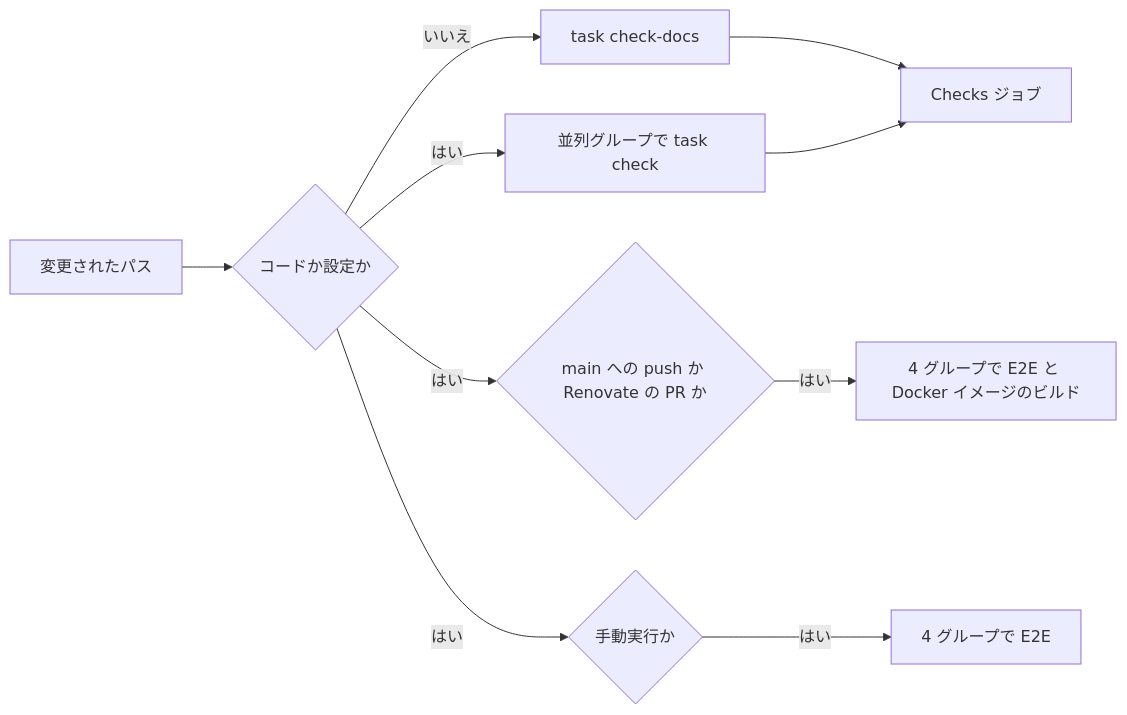
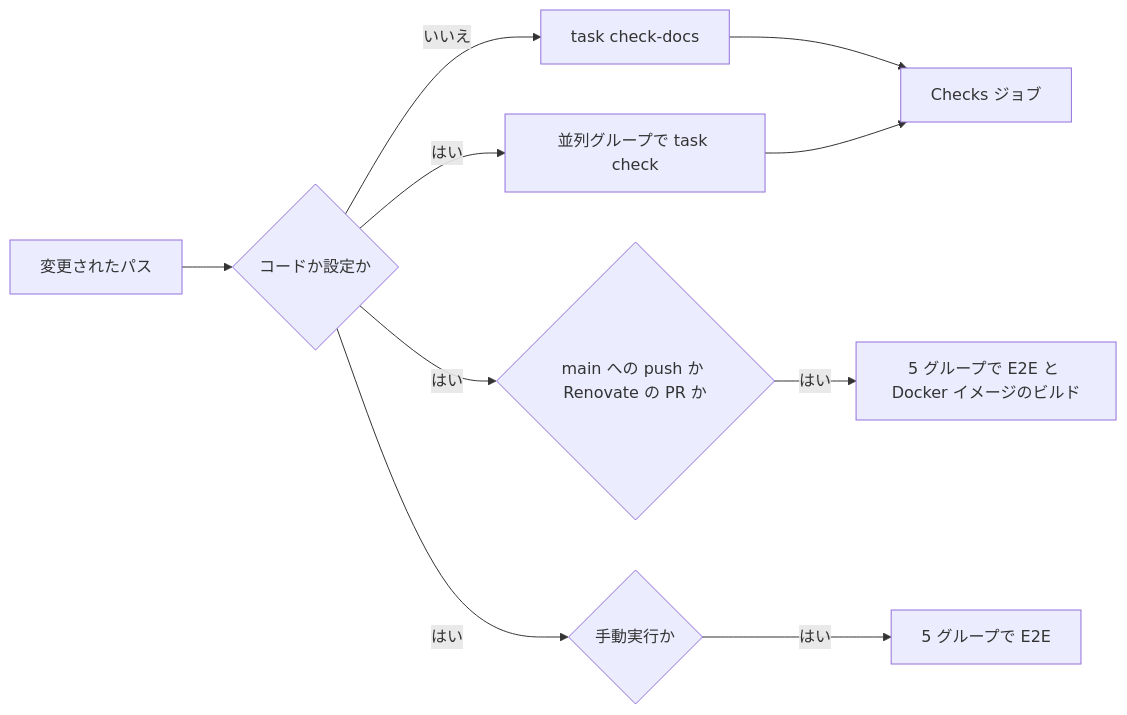
Before and after one commit to syudead/vv: the diagram in translations/ja/docs/how-to/development.md, drawn with Mermaid. The commit also changed other lines of this file, not shown here.

Commit message:
docs(translations): development.md の和訳を E2E の 5 グループに合わせる
Refs #1323

Claude-Session: https://claude.ai/code/session_015UQ99qGpMFxxYr31Dg1pCy

````diff
--- a/translations/ja/docs/how-to/development.md
+++ b/translations/ja/docs/how-to/development.md
@@ -55,12 +55,12 @@
 ```mermaid
 flowchart LR
   change[変更されたパス] --> code{コードか設定か}
   code -->|いいえ| docs[task check-docs]
   code -->|はい| groups[並列グループで task check]
   docs --> checks[Checks ジョブ]
   groups --> checks
   code -->|はい| push{main への push か Renovate の PR か}
-  push -->|はい| more[4 グループで E2E と Docker イメージのビルド]
+  push -->|はい| more[5 グループで E2E と Docker イメージのビルド]
   code -->|はい| manual{手動実行か}
-  manual -->|はい| e2e[4 グループで E2E]
+  manual -->|はい| e2e[5 グループで E2E]
 ```
````
